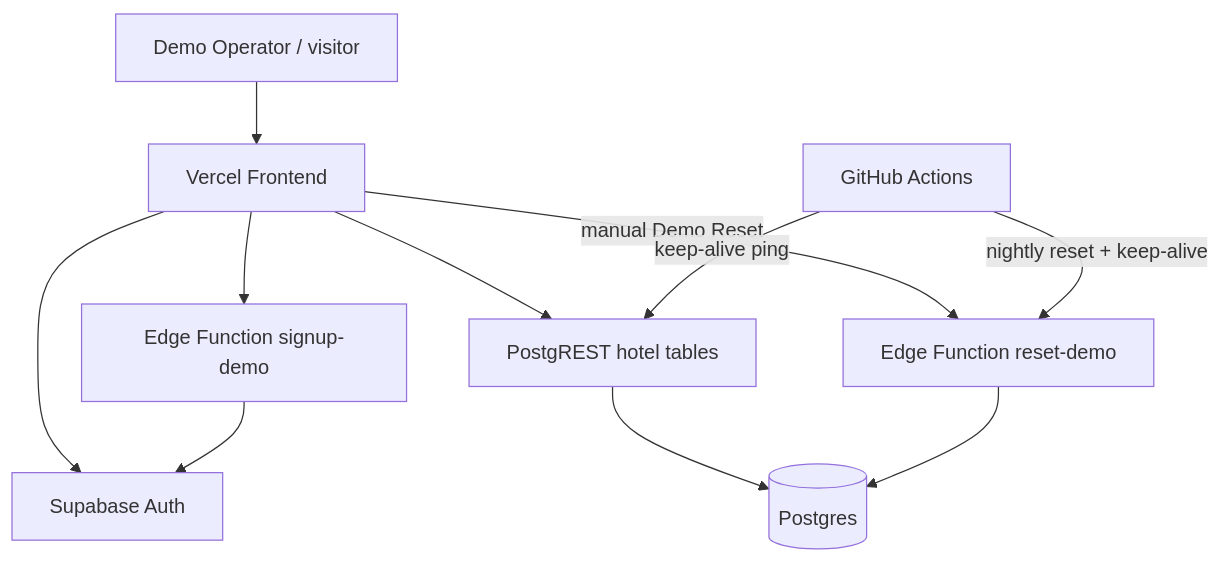
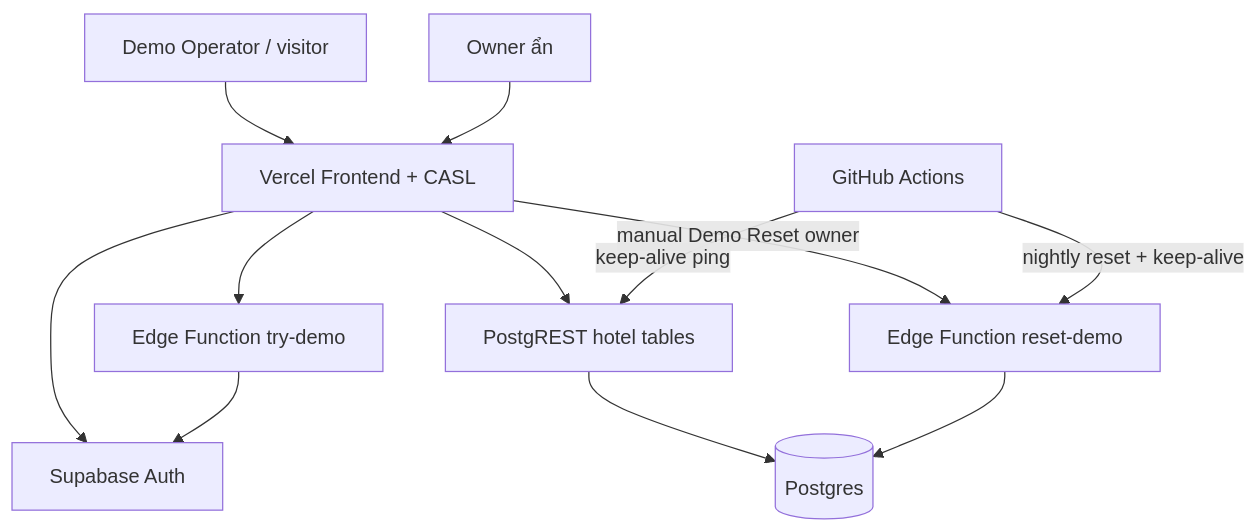
The diagram in docs/architecture.md (transon15042003/the-wild-oasis-admin), drawn with Mermaid before and after one commit. The commit also changed other lines of this file and 22 other files, not shown here.

First line of the commit message:
Replace public signup with Try Demo, CASL roles, and try-demo Edge Function.

````diff
--- a/docs/architecture.md
+++ b/docs/architecture.md
@@ -9,22 +9,24 @@
 ```mermaid
 flowchart TB
   Visitor[Demo Operator / visitor]
-  Vercel[Vercel Frontend]
+  Owner[Owner ẩn]
+  Vercel[Vercel Frontend + CASL]
   Auth[Supabase Auth]
   Rest[PostgREST hotel tables]
   PG[(Postgres)]
   GHA[GitHub Actions]
   ResetFn[Edge Function reset-demo]
-  SignupFn[Edge Function signup-demo]
+  TryDemoFn[Edge Function try-demo]
 
   Visitor --> Vercel
+  Owner --> Vercel
   Vercel --> Auth
   Vercel --> Rest
-  Vercel --> SignupFn
-  Vercel -->|manual Demo Reset| ResetFn
+  Vercel --> TryDemoFn
+  Vercel -->|manual Demo Reset owner| ResetFn
   Rest --> PG
-  SignupFn --> Auth
+  TryDemoFn --> Auth
   ResetFn --> PG
   GHA -->|nightly reset + keep-alive| ResetFn
   GHA -->|keep-alive ping| Rest
 ```
````
